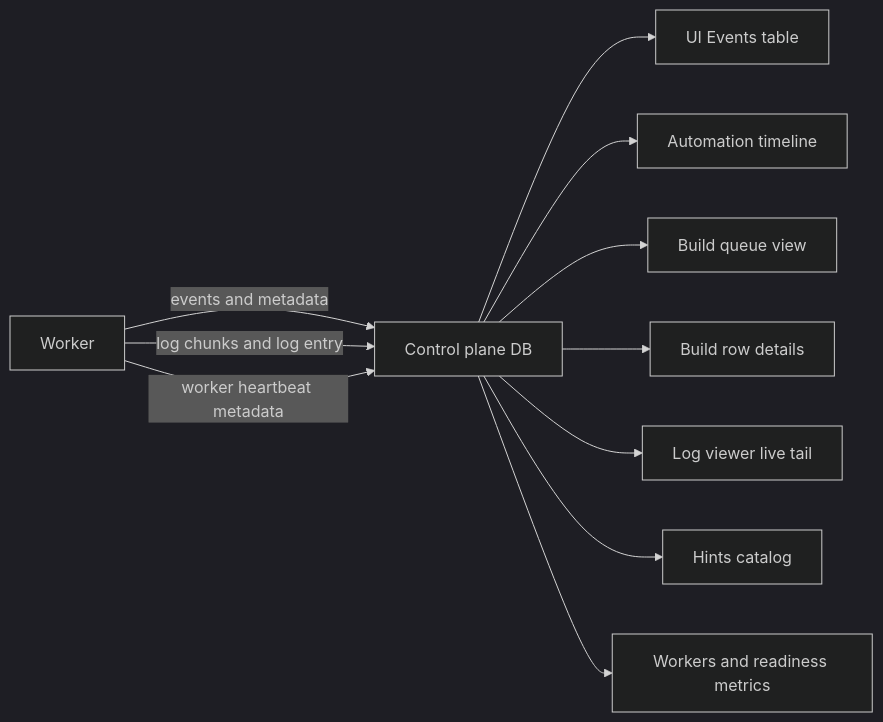
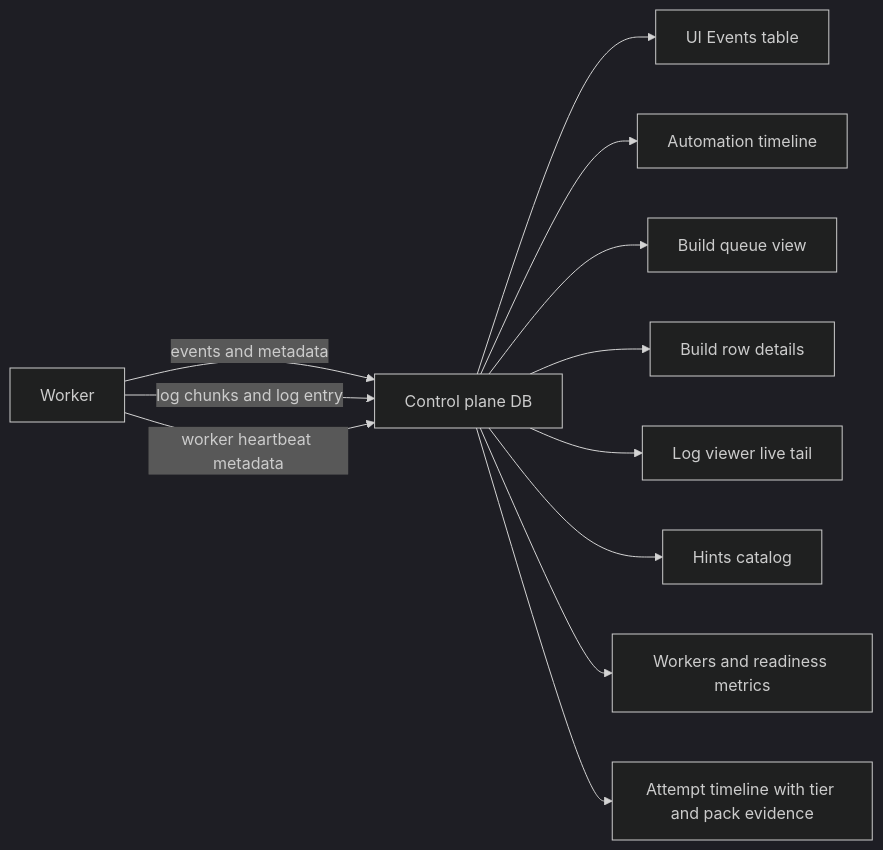
Before and after one commit to k8ika0s/s390x-wheel-refinery: the diagram in docs/diagrams/automation-ux-visibility.mmd, drawn with Mermaid (dark theme). The commit also changed 35 other files, not shown here.

```diff
--- a/docs/diagrams/automation-ux-visibility.mmd
+++ b/docs/diagrams/automation-ux-visibility.mmd
@@ -1,11 +1,12 @@
 flowchart LR
   A[Worker] -->|events and metadata| B[Control plane DB]
   A -->|log chunks and log entry| B
   A -->|worker heartbeat metadata| B
   B --> C[UI Events table]
   B --> D[Automation timeline]
   B --> E[Build queue view]
   B --> F[Build row details]
   B --> G[Log viewer live tail]
   B --> H[Hints catalog]
   B --> I[Workers and readiness metrics]
+  B --> J[Attempt timeline with tier and pack evidence]
```
